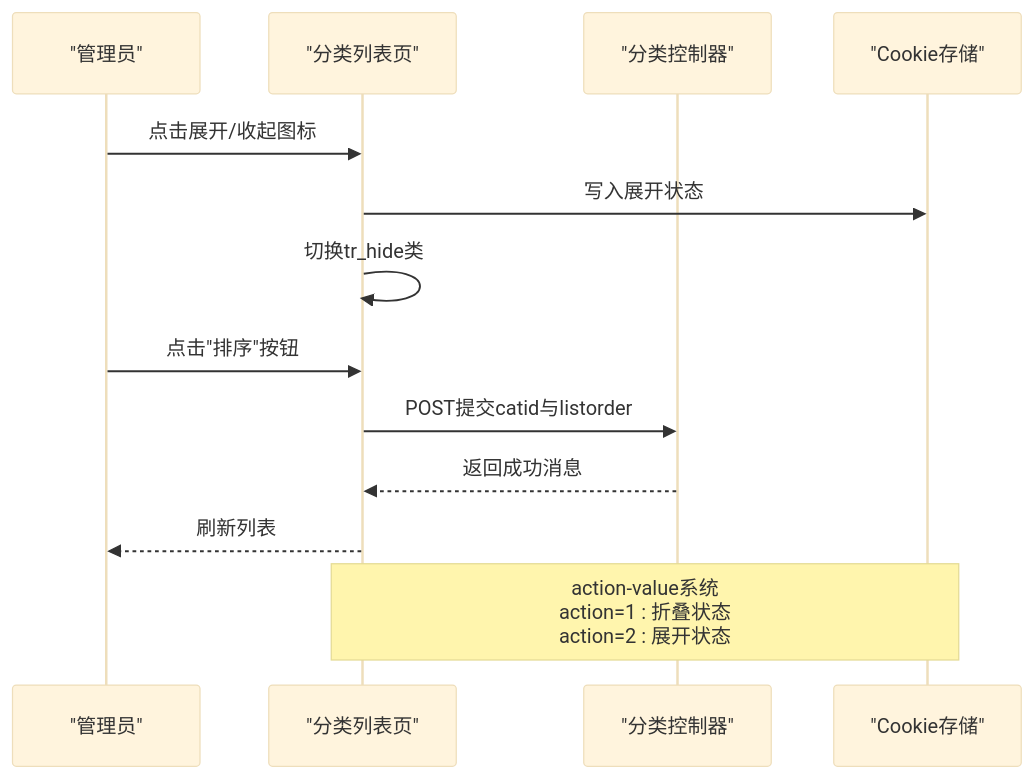
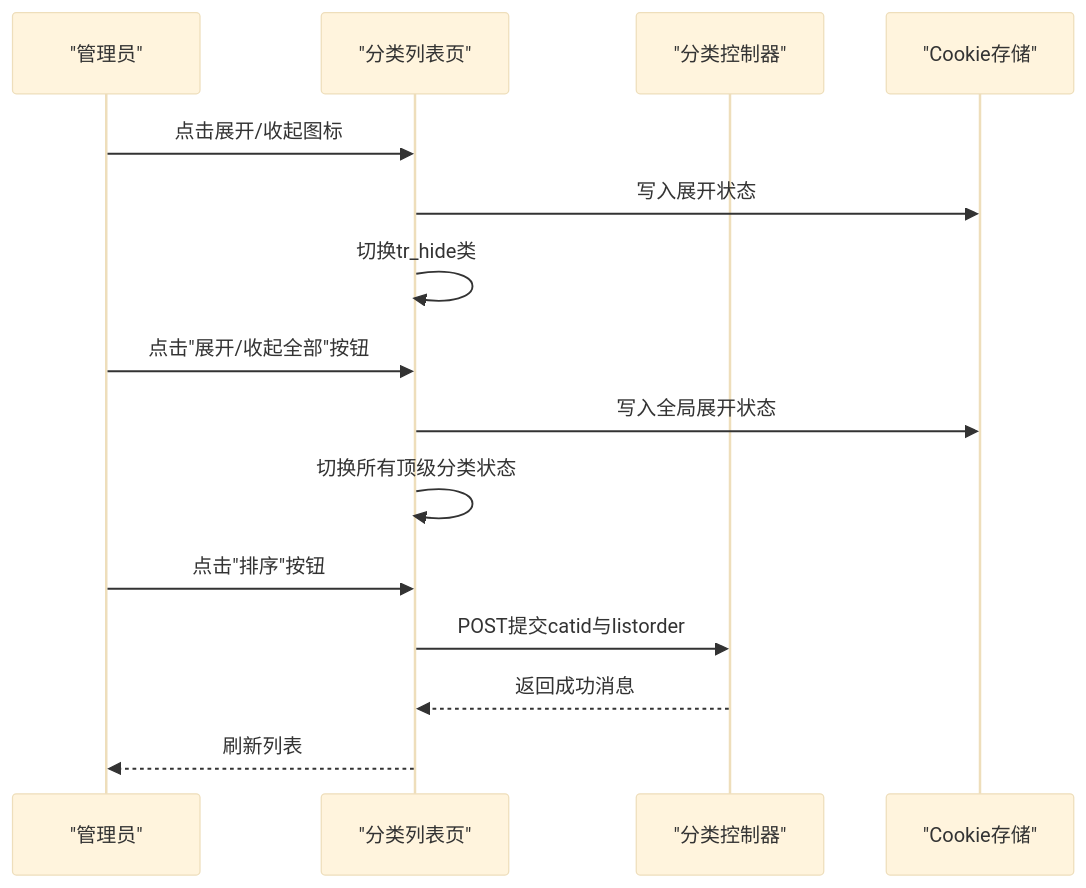
The fifth of 8 diagrams in .qoder/repowiki/zh/content/系统架构/模块化设计/后台管理模块/分类管理.md (lirongyaoper/lryblog.com), drawn with Mermaid (base theme) before and after one commit. The commit also changed other lines of this file and 14 other files, not shown here.

````diff
--- a/.qoder/repowiki/zh/content/系统架构/模块化设计/后台管理模块/分类管理.md
+++ b/.qoder/repowiki/zh/content/系统架构/模块化设计/后台管理模块/分类管理.md
@@ -214,15 +311,17 @@
 ```mermaid
 sequenceDiagram
 participant U as "管理员"
 participant V as "分类列表页"
 participant C as "分类控制器"
 participant S as "Cookie存储"
 U->>V : 点击展开/收起图标
 V->>S : 写入展开状态
 V->>V : 切换tr_hide类
+U->>V : 点击"展开/收起全部"按钮
+V->>S : 写入全局展开状态
+V->>V : 切换所有顶级分类状态
 U->>V : 点击"排序"按钮
 V->>C : POST提交catid与listorder
 C-->>V : 返回成功消息
 V-->>U : 刷新列表
-Note over V,S : action-value系统<br/>action=1 : 折叠状态<br/>action=2 : 展开状态
 ```
````
